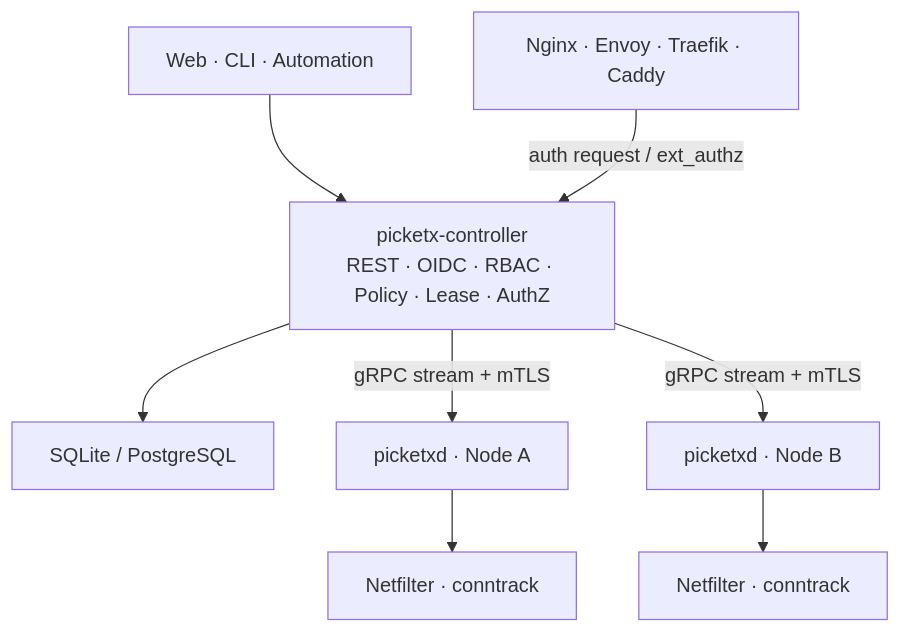
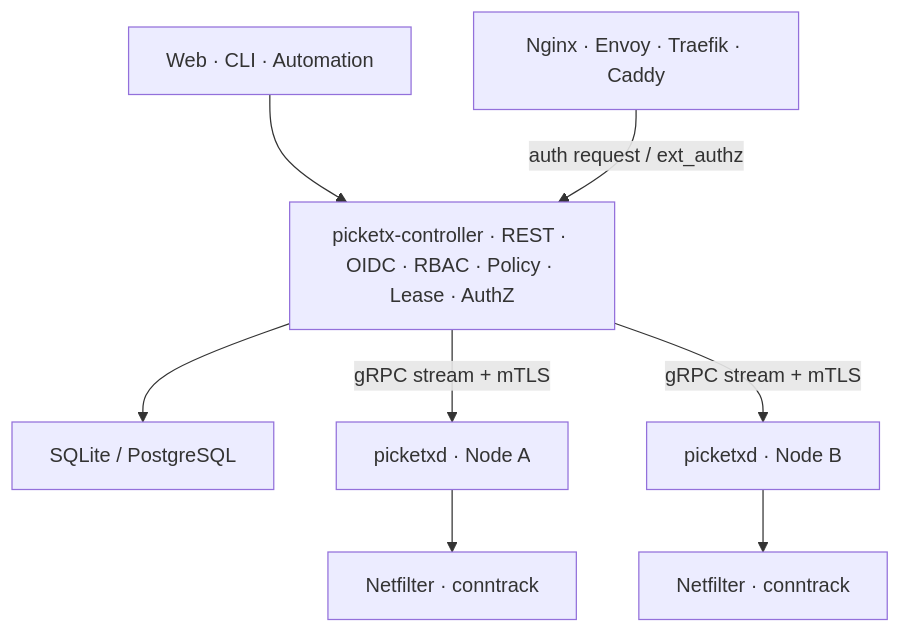
One commit to PicketX/PicketX changed the first of 5 diagrams in docs/ARCHITECTURE.md. Above: the diagram before and after it, drawn with Mermaid. The commit also changed other lines of this file and 75 other files, not shown here.

````diff
--- a/docs/ARCHITECTURE.md
+++ b/docs/ARCHITECTURE.md
@@ -118,10 +136,10 @@
 ```mermaid
 flowchart TB
-    Clients["Web · CLI · Automation"] --> Controller["picketx-controller<br/>REST · OIDC · RBAC · Policy · Lease · AuthZ"]
+    Clients["Web · CLI · Automation"] --> Controller["picketx-controller · REST · OIDC · RBAC · Policy · Lease · AuthZ"]
     Controller --> DB["SQLite / PostgreSQL"]
     Controller -->|"gRPC stream + mTLS"| AgentA["picketxd · Node A"]
     Controller -->|"gRPC stream + mTLS"| AgentB["picketxd · Node B"]
     AgentA --> KernelA["Netfilter · conntrack"]
     AgentB --> KernelB["Netfilter · conntrack"]
     Proxies["Nginx · Envoy · Traefik · Caddy"] -->|"auth request / ext_authz"| Controller
 ```
````
